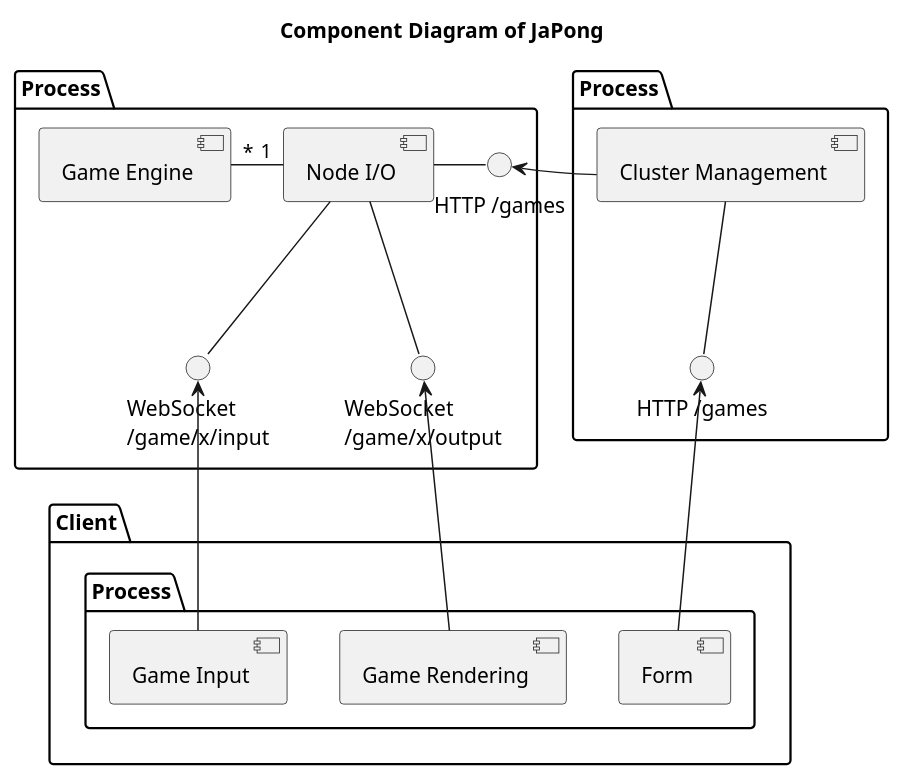
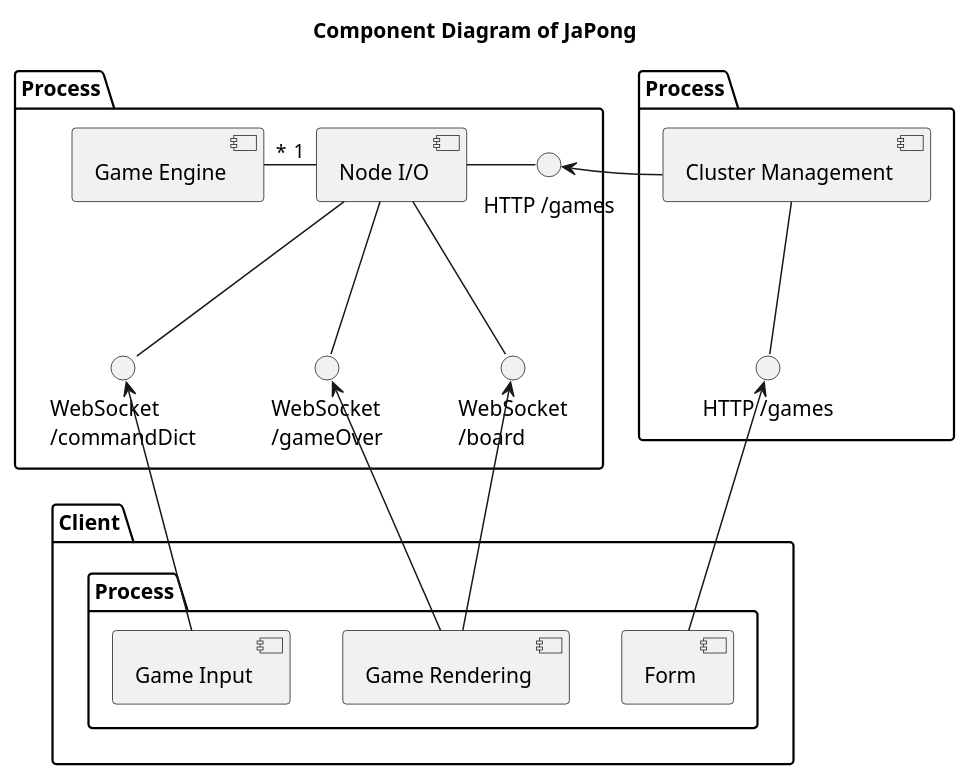
Before and after one commit to uztbt/japong-design: the diagram in uml/component.plantuml, drawn with PlantUML. The commit also changed 1 other file, not shown here.

Commit message:
Add a draft of Node I/O async API

```diff
--- a/uml/component.plantuml
+++ b/uml/component.plantuml
@@ -1,30 +1,33 @@
 @startuml
 
 title "Component Diagram of JaPong"
 
 folder "Process" as gameManagementProcess {
     [Game Engine]
     [Game Engine] "*" - "1" [Node I/O]
     interface "HTTP /games" as NodeIOIF
     [Node I/O] - NodeIOIF
-    interface "WebSocket\n/game/x/input" as GameInputIF
-    [Node I/O] -- GameInputIF
-    interface "WebSocket\n/game/x/output" as GameOutputIF
-    [Node I/O] -- GameOutputIF
+    interface "WebSocket\n/commandDict" as GameCommandDictIF
+    [Node I/O] -- GameCommandDictIF
+    interface "WebSocket\n/board" as GameBoardIF
+    [Node I/O] -- GameBoardIF
+    interface "WebSocket\n/gameOver" as GameOverIF
+    [Node I/O] -- GameOverIF
 }
 folder "Process" as roomManagementProcess {
     [Cluster Management]
     interface "HTTP /games" as ClusterManagementIF
     [Cluster Management] -- ClusterManagementIF
     NodeIOIF <- [Cluster Management]
 }
 
 package Client {
     folder "Process" as clientProcess {
         [Form] -up-> ClusterManagementIF
-        [Game Rendering] -up-> GameOutputIF
-        [Game Input] -up-> GameInputIF
+        [Game Rendering] -up-> GameBoardIF
+        [Game Rendering] -up-> GameOverIF
+        [Game Input] -up-> GameCommandDictIF
     }
 }
 
 @enduml
```
